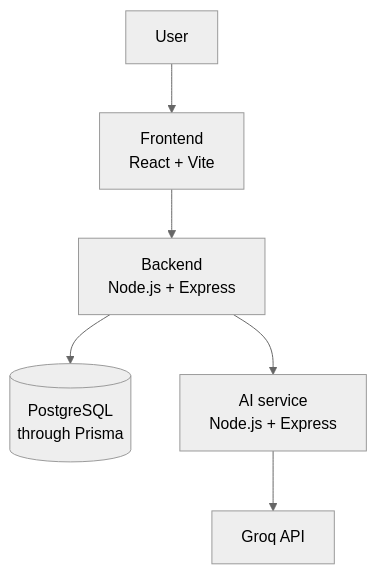
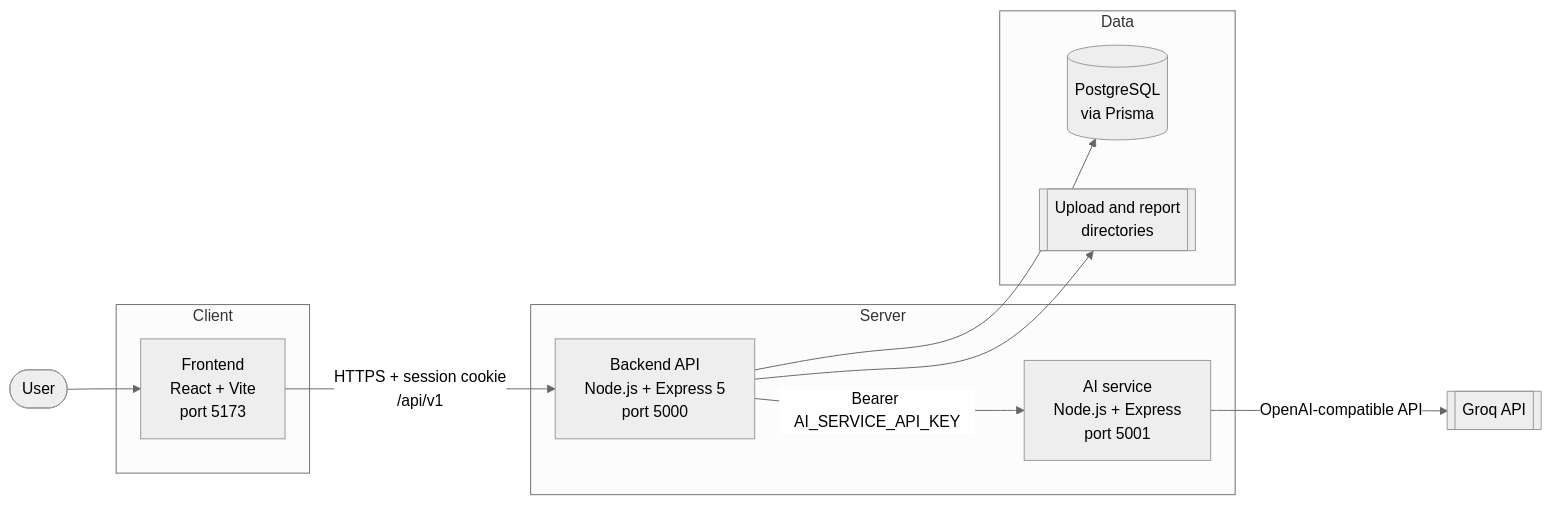
Before and after one commit to aryan24cse109-dev/DealLens: the second of 2 diagrams in README.md, drawn with Mermaid (neutral theme). The commit also changed other lines of this file, not shown here.

````diff
--- a/README.md
+++ b/README.md
@@ -52,8 +169,26 @@
 ```mermaid
-flowchart TD
-    U[User] --> F[Frontend<br/>React + Vite]
-    F --> B[Backend<br/>Node.js + Express]
-    B --> P[(PostgreSQL<br/>through Prisma)]
-    B --> A[AI service<br/>Node.js + Express]
-    A --> G[Groq API]
+flowchart LR
+    U([User]) --> F
+
+    subgraph Client
+        F["Frontend<br/>React + Vite<br/>port 5173"]
+    end
+
+    subgraph Server
+        B["Backend API<br/>Node.js + Express 5<br/>port 5000"]
+        A["AI service<br/>Node.js + Express<br/>port 5001"]
+    end
+
+    subgraph Data
+        P[("PostgreSQL<br/>via Prisma")]
+        D[["Upload and report<br/>directories"]]
+    end
+
+    G[["Groq API"]]
+
+    F -- "HTTPS + session cookie<br/>/api/v1" --> B
+    B --> P
+    B --> D
+    B -- "Bearer AI_SERVICE_API_KEY" --> A
+    A -- "OpenAI-compatible API" --> G
 ```
````
